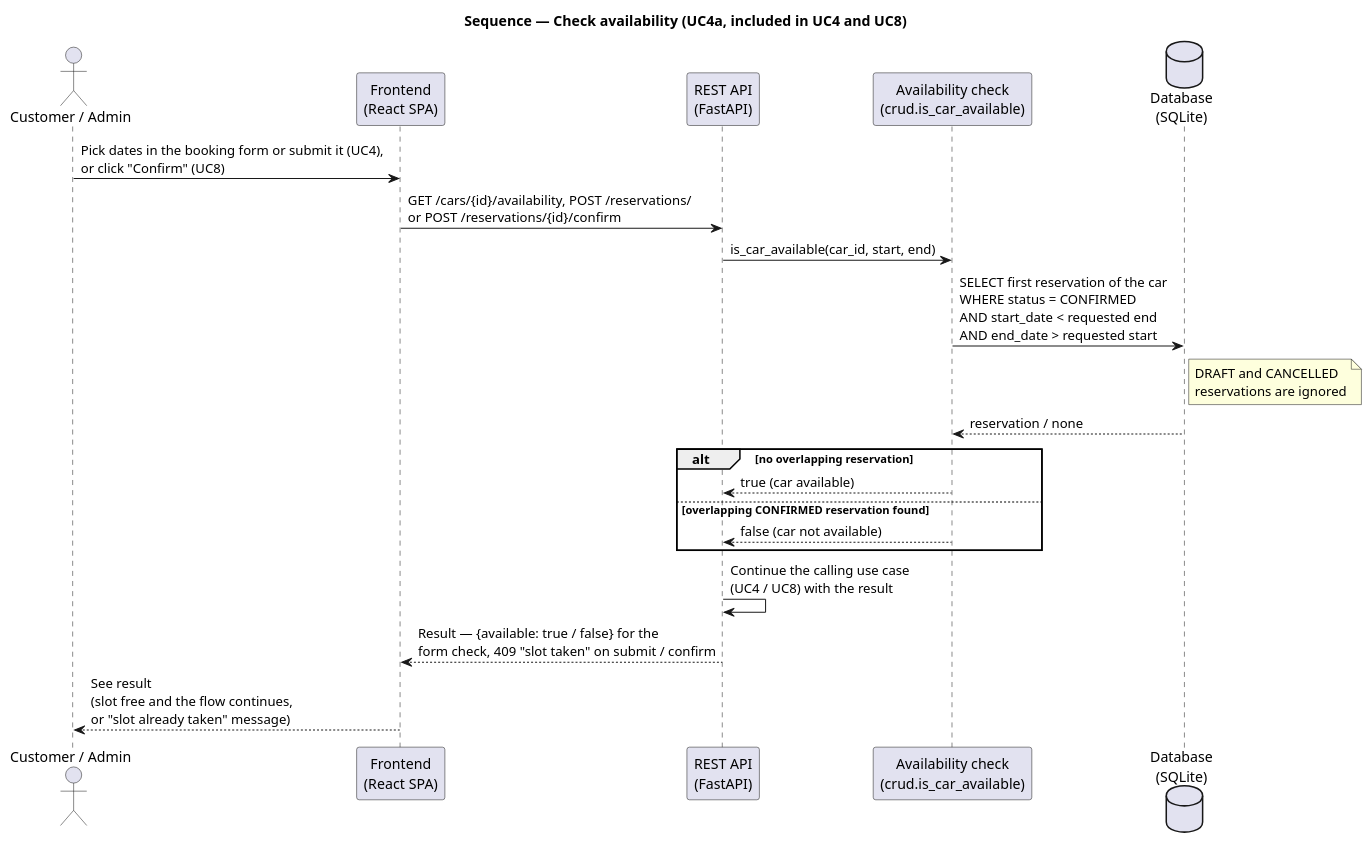
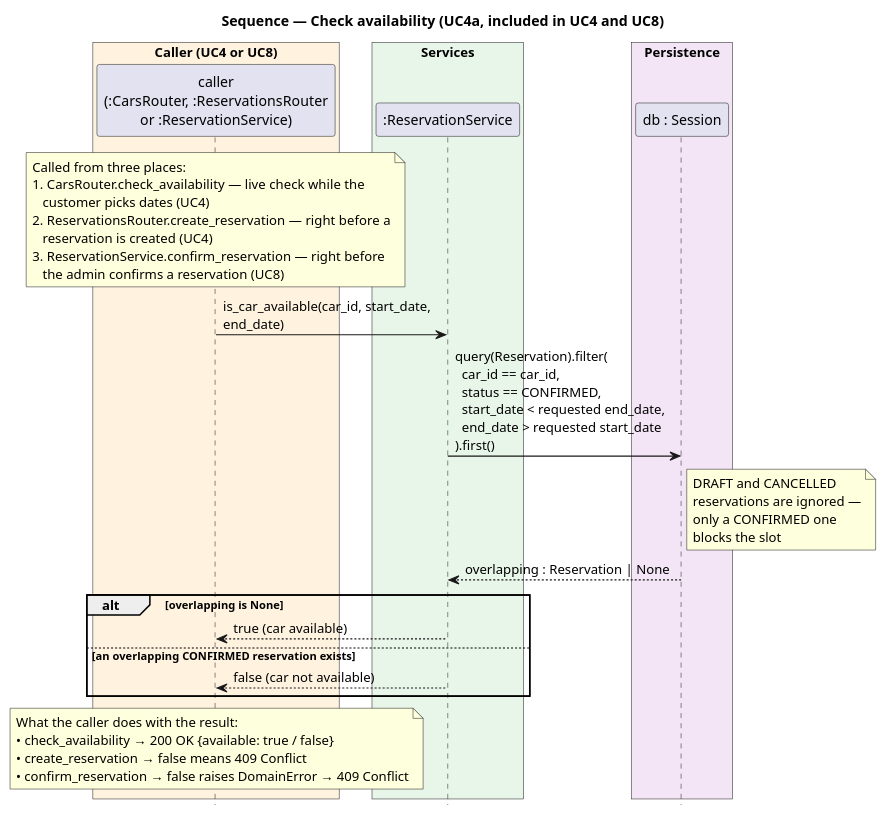
The diagram in docs/diagrams/sequence-check-availability.puml (DavidMagyarics/CarRentalVSB), drawn with PlantUML before and after one commit. The commit also changed 45 other files, not shown here.

Commit message:
docs: model the sequence diagrams on concrete classes and objects, sync the class diagram with the code

```diff
--- a/docs/diagrams/sequence-check-availability.puml
+++ b/docs/diagrams/sequence-check-availability.puml
@@ -1,30 +1,50 @@
 @startuml sequence-check-availability
 skinparam backgroundColor white
+skinparam responseMessageBelowArrow true
+skinparam maxMessageSize 240
+hide footbox
 title Sequence — Check availability (UC4a, included in UC4 and UC8)
 
-actor "Customer / Admin" as User
-participant "Frontend\n(React SPA)" as FE
-participant "REST API\n(FastAPI)" as API
-participant "Availability check\n(crud.is_car_available)" as AV
-database "Database\n(SQLite)" as DB
+box "Caller (UC4 or UC8)" #FFF3E0
+  participant "caller\n(:CarsRouter, :ReservationsRouter\nor :ReservationService)" as Caller
+end box
+box "Services" #E8F5E9
+  participant ":ReservationService" as ResService
+end box
+box "Persistence" #F3E5F5
+  participant "db : Session" as DB
+end box
 
-User -> FE: Pick dates in the booking form or submit it (UC4),\nor click "Confirm" (UC8)
-FE -> API: GET /cars/{id}/availability, POST /reservations/\nor POST /reservations/{id}/confirm
-API -> AV: is_car_available(car_id, start, end)
-AV -> DB: SELECT first reservation of the car\nWHERE status = CONFIRMED\nAND start_date < requested end\nAND end_date > requested start
+note over Caller
+  Called from three places:
+  1. CarsRouter.check_availability — live check while the
+     customer picks dates (UC4)
+  2. ReservationsRouter.create_reservation — right before a
+     reservation is created (UC4)
+  3. ReservationService.confirm_reservation — right before
+     the admin confirms a reservation (UC8)
+end note
+
+Caller -> ResService : is_car_available(car_id, start_date, end_date)
+ResService -> DB : query(Reservation).filter(\n  car_id == car_id,\n  status == CONFIRMED,\n  start_date < requested end_date,\n  end_date > requested start_date\n).first()
 note right of DB
   DRAFT and CANCELLED
-  reservations are ignored
+  reservations are ignored —
+  only a CONFIRMED one
+  blocks the slot
 end note
-DB --> AV: reservation / none
+DB --> ResService : overlapping : Reservation | None
 
-alt no overlapping reservation
-  AV --> API: true (car available)
-else overlapping CONFIRMED reservation found
-  AV --> API: false (car not available)
+alt overlapping is None
+  ResService --> Caller : true (car available)
+else an overlapping CONFIRMED reservation exists
+  ResService --> Caller : false (car not available)
 end
 
-API -> API: Continue the calling use case\n(UC4 / UC8) with the result
-API --> FE: Result — {available: true / false} for the\nform check, 409 "slot taken" on submit / confirm
-FE --> User: See result\n(slot free and the flow continues,\nor "slot already taken" message)
+note over Caller
+  What the caller does with the result:
+  • check_availability → 200 OK {available: true / false}
+  • create_reservation → false means 409 Conflict
+  • confirm_reservation → false raises DomainError → 409 Conflict
+end note
 @enduml
```
